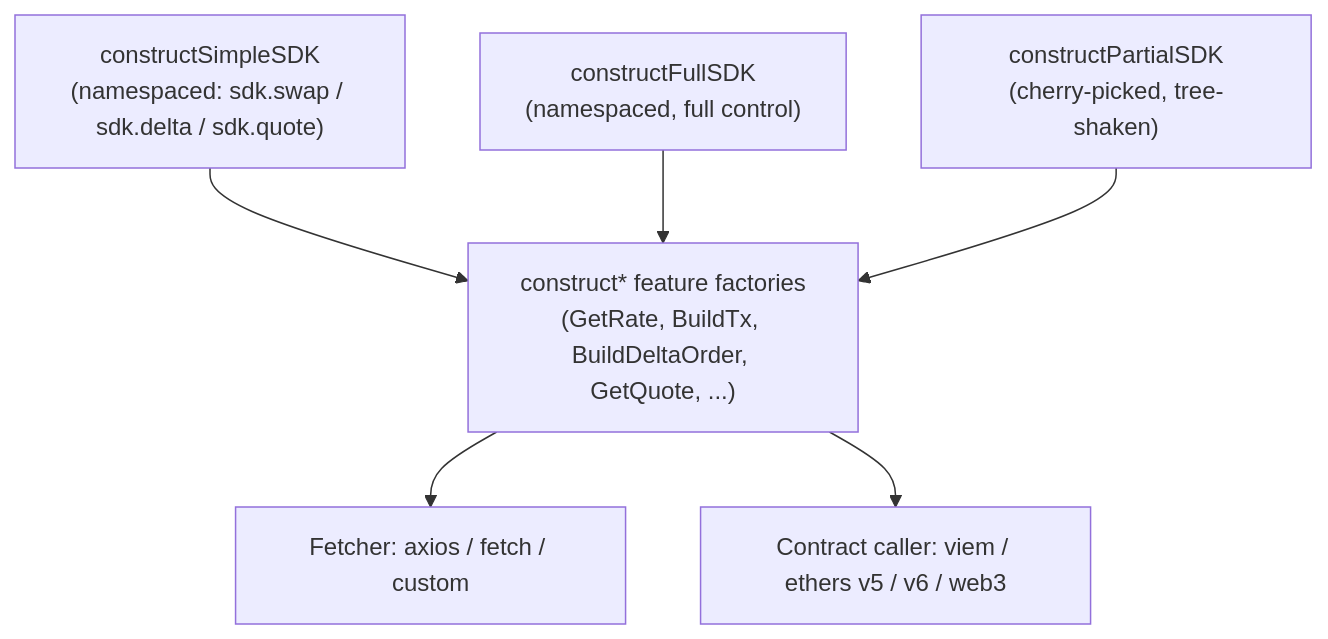
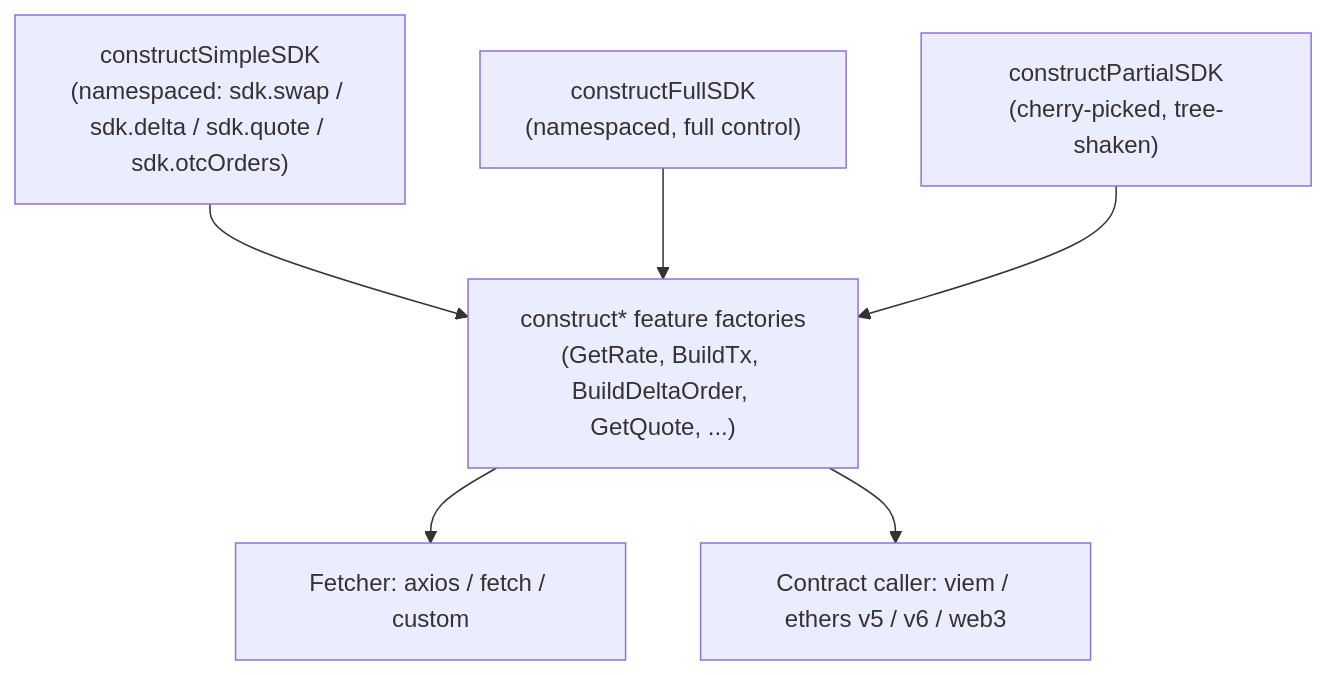
Before and after one commit to VeloraDEX/docs: the diagram in sdk/overview.mdx, drawn with Mermaid.

Commit message:
chore(sdk): mention otcOrders in constructSimpleSDK mermaid section

````diff
--- a/sdk/overview.mdx
+++ b/sdk/overview.mdx
@@ -95,9 +95,9 @@
 ```mermaid
 graph TD
-  A["constructSimpleSDK<br/>(namespaced: sdk.swap / sdk.delta / sdk.quote)"] --> C
+  A["constructSimpleSDK<br/>(namespaced: sdk.swap / sdk.delta / sdk.quote / sdk.otcOrders)"] --> C
   B["constructFullSDK<br/>(namespaced, full control)"] --> C
   D["constructPartialSDK<br/>(cherry-picked, tree-shaken)"] --> C
   C["construct* feature factories<br/>(GetRate, BuildTx, BuildDeltaOrder, GetQuote, ...)"]
   C --> E["Fetcher: axios / fetch / custom"]
   C --> F["Contract caller: viem / ethers v5 / v6 / web3"]
 ```
````
